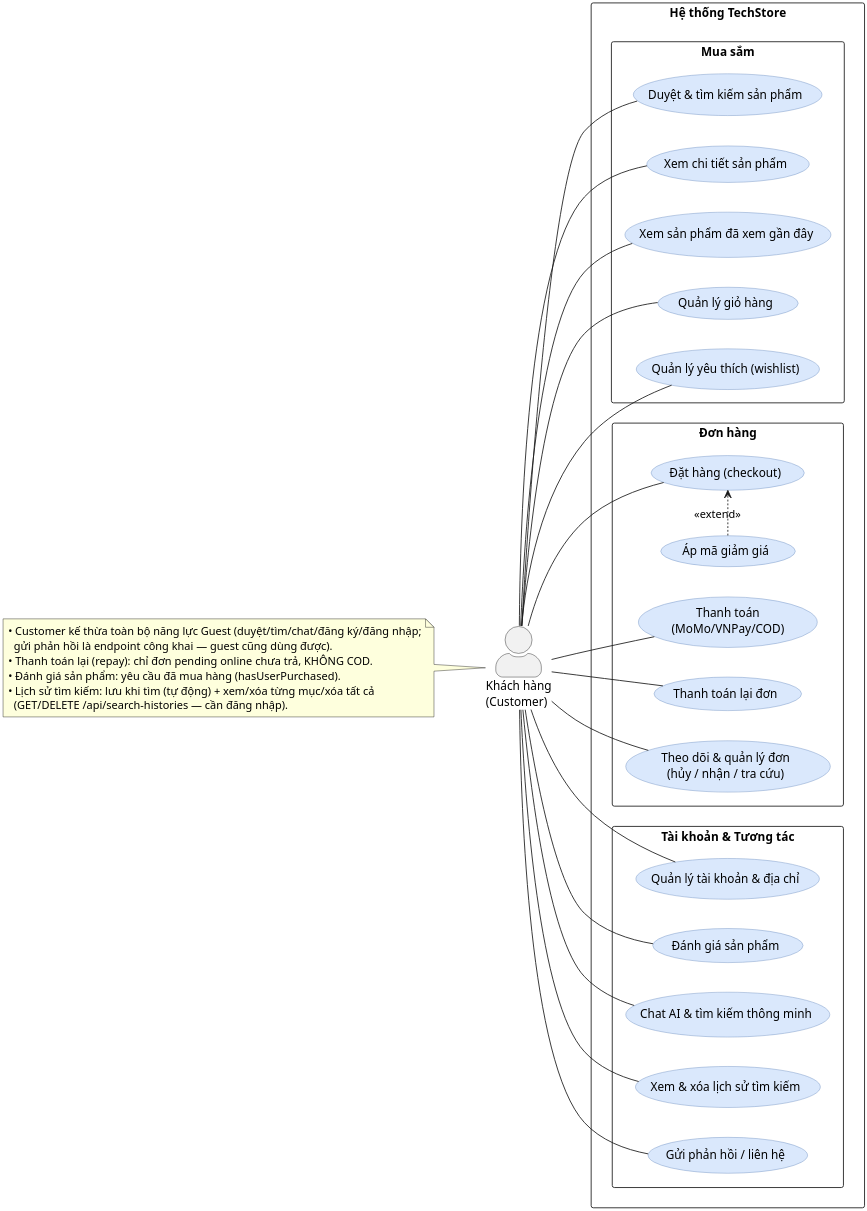
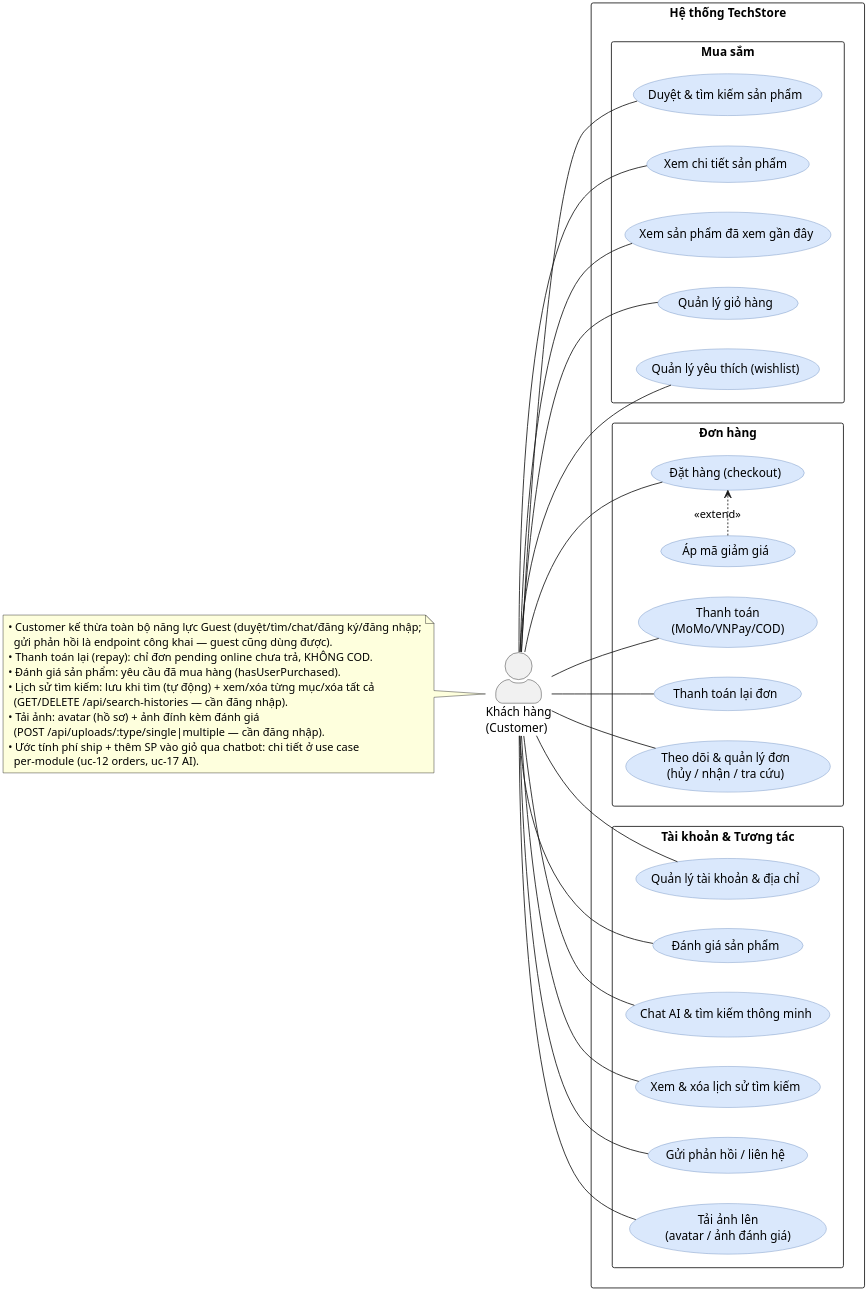
Before and after one commit to MinhThang1009/E-commerce-website: the diagram in diagrams/usecase/usecase-02-overview-customer.puml, drawn with PlantUML. The commit also changed 7 other files, not shown here.

First line of the commit message:
docs(diagram): bổ sung UC thiếu ở uc-01/uc-02 (re-verify)

```diff
--- a/diagrams/usecase/usecase-02-overview-customer.puml
+++ b/diagrams/usecase/usecase-02-overview-customer.puml
@@ -1,69 +1,75 @@
 @startuml usecase-02-overview-customer
 ' Sơ đồ use case — Khách hàng (Customer) — tổng quát, chuẩn ký pháp UML
 ' Ground-truth: route customer-facing (authenticate) xuyên module:
 '   catalog (duyệt/chi tiết, recently-viewed cần auth — catalog/routes.js:313), cart, orders+checkout+payment, reviews (hasUserPurchased),
 '   wishlist, users (profile/address), ai/chatbot, content (feedback), search-history.
 ' Customer kế thừa năng lực Guest (duyệt/tìm/chat/đăng ký/đăng nhập) + thao tác cần đăng nhập.
 left to right direction
 skinparam dpi 300
 skinparam backgroundColor #FFFFFF
 skinparam shadowing false
 skinparam packageStyle rectangle
 skinparam usecase {
   BackgroundColor #DAE8FC
   BorderColor #6C8EBF
 }
 skinparam actorStyle awesome
 
 actor "Khách hàng\n(Customer)" as customer
 
 rectangle "Hệ thống TechStore" {
   package "Mua sắm" {
     usecase "Duyệt & tìm kiếm sản phẩm" as UC_browse
     usecase "Xem chi tiết sản phẩm" as UC_detail
     usecase "Xem sản phẩm đã xem gần đây" as UC_recent
     usecase "Quản lý giỏ hàng" as UC_cart
     usecase "Quản lý yêu thích (wishlist)" as UC_wish
   }
   package "Đơn hàng" {
     usecase "Đặt hàng (checkout)" as UC_order
     usecase "Áp mã giảm giá" as UC_discount
     usecase "Thanh toán\n(MoMo/VNPay/COD)" as UC_pay
     usecase "Thanh toán lại đơn" as UC_repay
     usecase "Theo dõi & quản lý đơn\n(hủy / nhận / tra cứu)" as UC_track
   }
   package "Tài khoản & Tương tác" {
     usecase "Quản lý tài khoản & địa chỉ" as UC_profile
     usecase "Đánh giá sản phẩm" as UC_review
     usecase "Chat AI & tìm kiếm thông minh" as UC_ai
     usecase "Xem & xóa lịch sử tìm kiếm" as UC_searchhist
     usecase "Gửi phản hồi / liên hệ" as UC_feedback
+    usecase "Tải ảnh lên\n(avatar / ảnh đánh giá)" as UC_upload
   }
 
   UC_discount .> UC_order : <<extend>>
 }
 
 customer -- UC_browse
 customer -- UC_detail
 customer -- UC_recent
 customer -- UC_cart
 customer -- UC_wish
 customer -- UC_order
 customer -- UC_pay
 customer -- UC_repay
 customer -- UC_track
 customer -- UC_profile
 customer -- UC_review
 customer -- UC_ai
 customer -- UC_searchhist
 customer -- UC_feedback
+customer -- UC_upload
 
 note left of customer
   • Customer kế thừa toàn bộ năng lực Guest (duyệt/tìm/chat/đăng ký/đăng nhập;
     gửi phản hồi là endpoint công khai — guest cũng dùng được).
   • Thanh toán lại (repay): chỉ đơn pending online chưa trả, KHÔNG COD.
   • Đánh giá sản phẩm: yêu cầu đã mua hàng (hasUserPurchased).
   • Lịch sử tìm kiếm: lưu khi tìm (tự động) + xem/xóa từng mục/xóa tất cả
     (GET/DELETE /api/search-histories — cần đăng nhập).
+  • Tải ảnh: avatar (hồ sơ) + ảnh đính kèm đánh giá
+    (POST /api/uploads/:type/single|multiple — cần đăng nhập).
+  • Ước tính phí ship + thêm SP vào giỏ qua chatbot: chi tiết ở use case
+    per-module (uc-12 orders, uc-17 AI).
 end note
 @enduml
```
